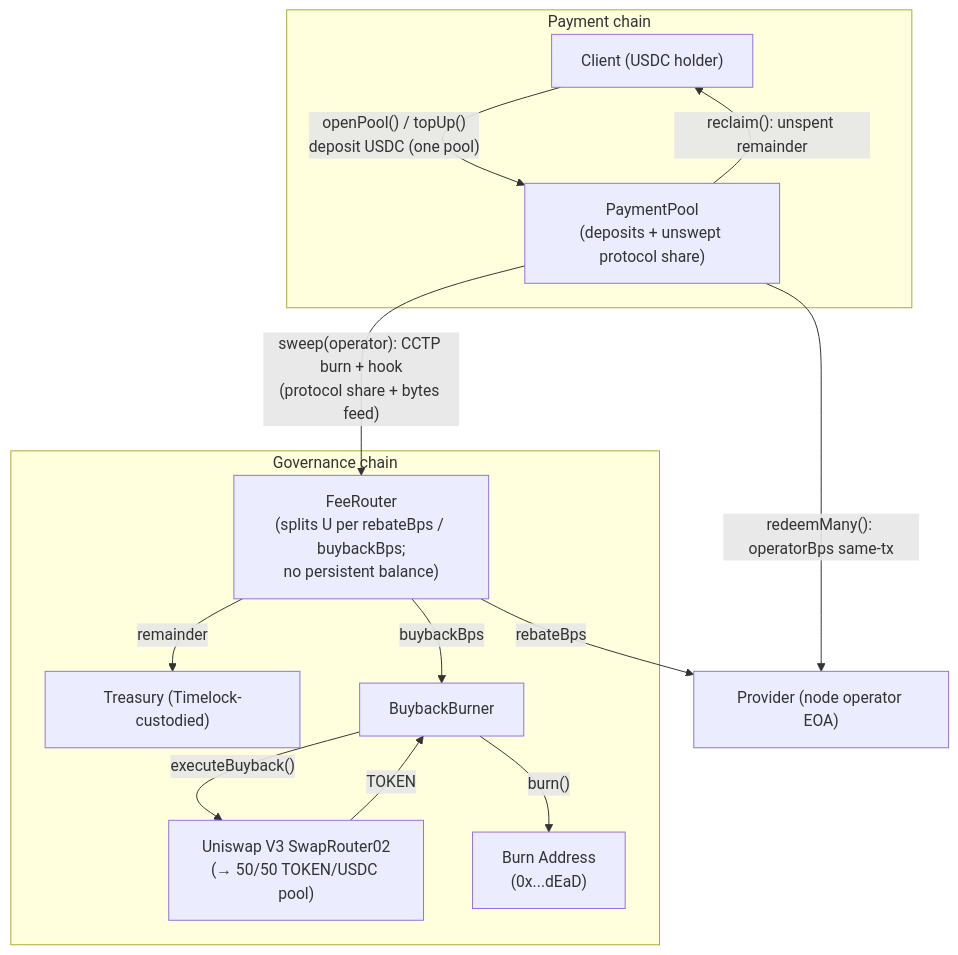
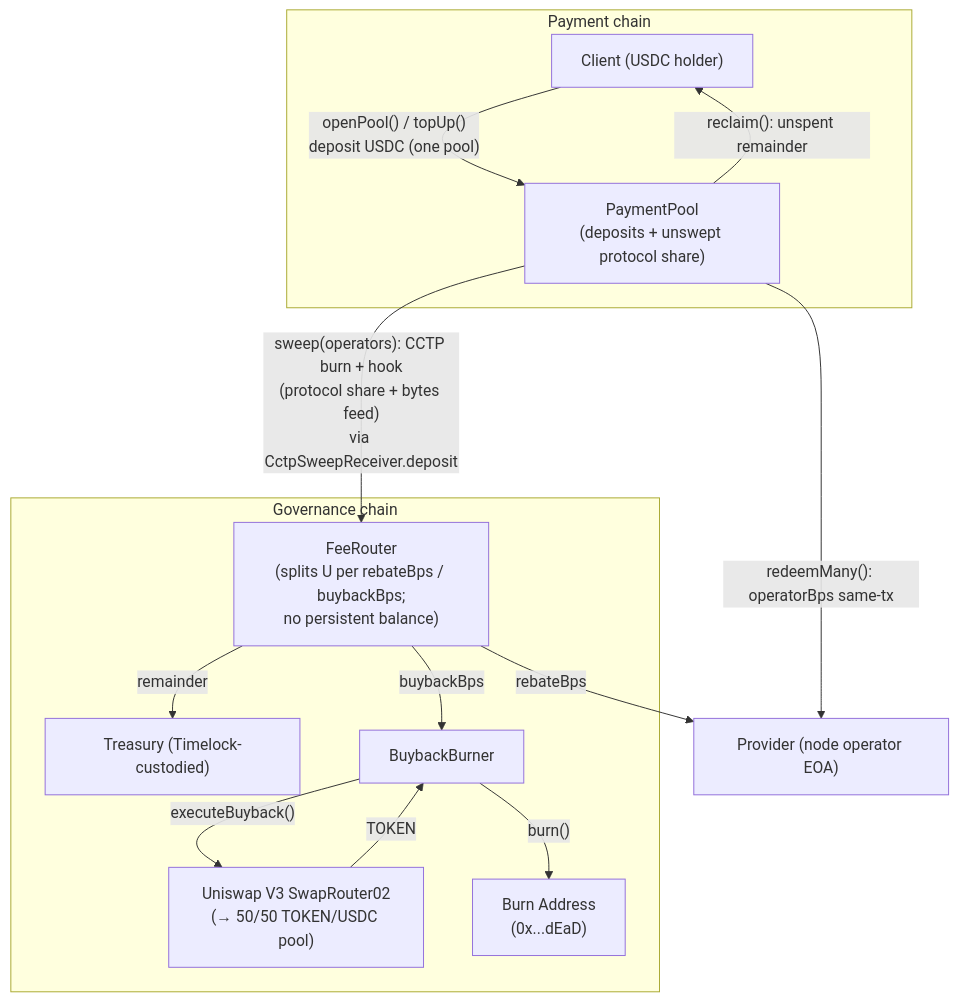
The fourth of 5 diagrams in adr/016-contract-interactions.md (decdn/decdn), drawn with Mermaid before and after one commit. The commit also changed other lines of this file and 341 other files, not shown here.

````diff
--- a/adr/016-contract-interactions.md
+++ b/adr/016-contract-interactions.md
@@ -598,26 +615,26 @@
 ```mermaid
 flowchart TD
     subgraph PCH["Payment chain"]
         Client["Client (USDC holder)"]
         PC["PaymentPool<br/>(deposits + unswept protocol share)"]
     end
     subgraph GCH["Governance chain"]
         FR["FeeRouter<br/>(splits U per rebateBps / buybackBps;<br/>no persistent balance)"]
         Treasury["Treasury (Timelock-custodied)"]
         BB["BuybackBurner"]
         UNI["Uniswap V3 SwapRouter02<br/>(→ 50/50 TOKEN/USDC pool)"]
         BURN["Burn Address<br/>(0x...dEaD)"]
     end
     Provider["Provider (node operator EOA)"]
 
     Client -->|"openPool() / topUp()<br/>deposit USDC (one pool)"| PC
     PC -->|"redeemMany(): operatorBps same-tx"| Provider
     PC -->|"reclaim(): unspent remainder"| Client
-    PC -->|"sweep(operator): CCTP burn + hook<br/>(protocol share + bytes feed)"| FR
+    PC -->|"sweep(operators): CCTP burn + hook<br/>(protocol share + bytes feed)<br/>via CctpSweepReceiver.deposit"| FR
     FR -->|"rebateBps"| Provider
     FR -->|"buybackBps"| BB
     FR -->|"remainder"| Treasury
     BB -->|"executeBuyback()"| UNI
     UNI -->|"TOKEN"| BB
     BB -->|"burn()"| BURN
 ```
````
